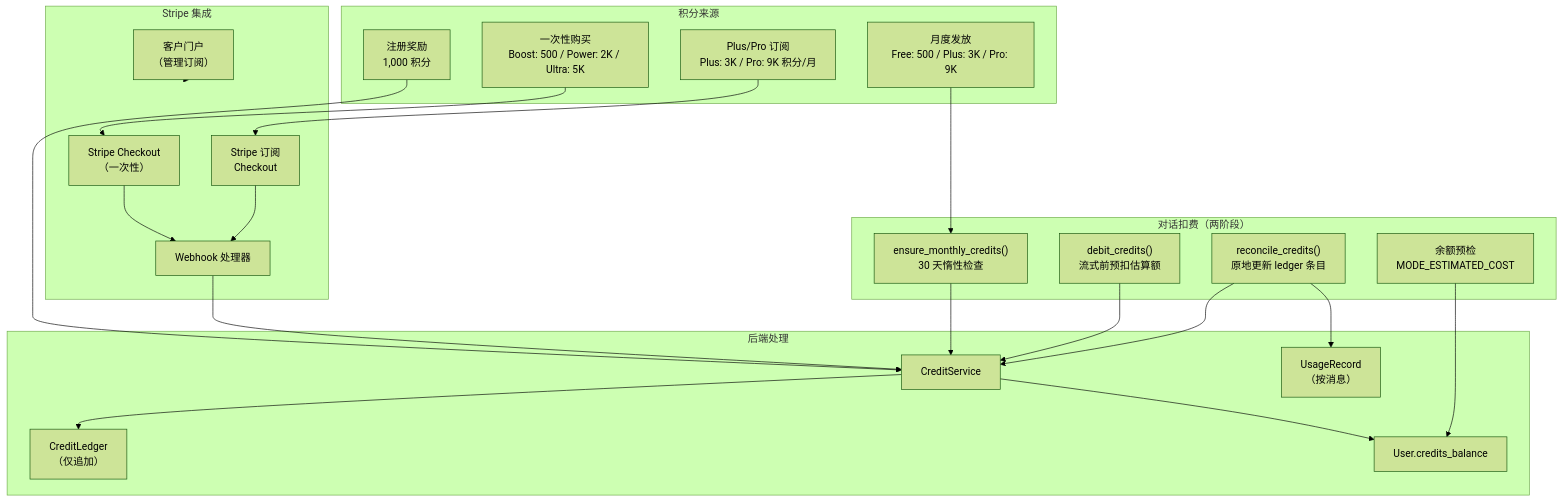
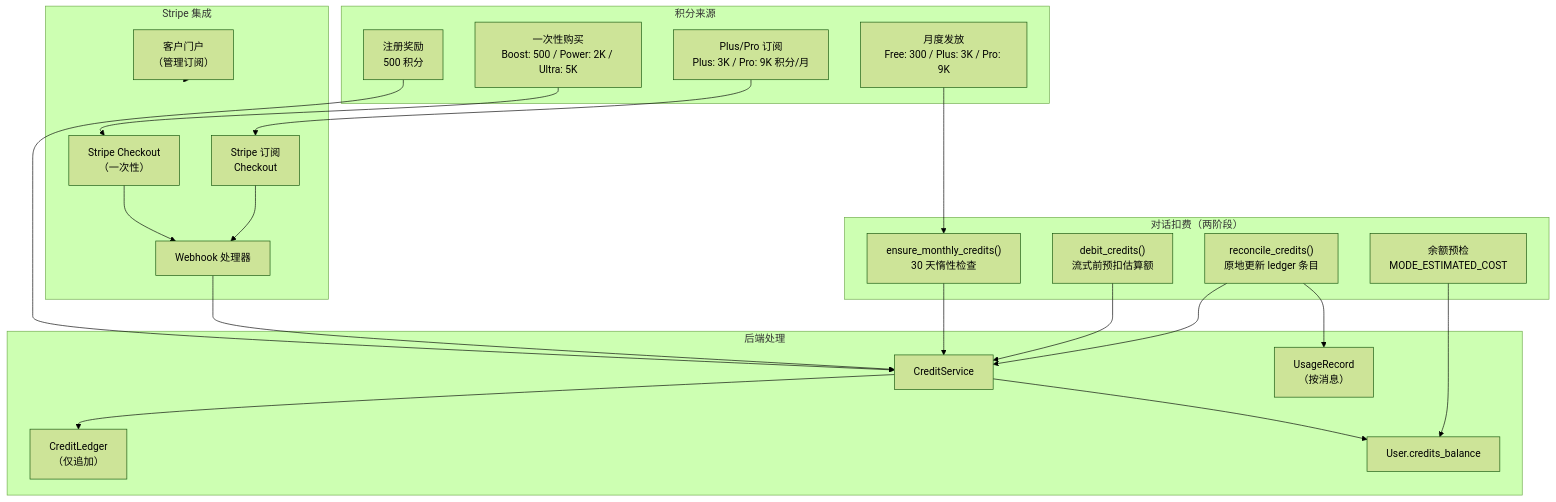
One commit to Rswcf/DocTalk changed the sixth of 9 diagrams in docs/ARCHITECTURE.zh.md. Above: the diagram before and after it, drawn with Mermaid (forest theme). The commit also changed other lines of this file and 66 other files, not shown here.

````diff
--- a/docs/ARCHITECTURE.zh.md
+++ b/docs/ARCHITECTURE.zh.md
@@ -319,45 +319,45 @@
 ```mermaid
 flowchart TB
     subgraph Sources["积分来源"]
-        Signup["注册奖励<br/>1,000 积分"]
-        Monthly["月度发放<br/>Free: 500 / Plus: 3K / Pro: 9K"]
+        Signup["注册奖励<br/>500 积分"]
+        Monthly["月度发放<br/>Free: 300 / Plus: 3K / Pro: 9K"]
         Purchase["一次性购买<br/>Boost: 500 / Power: 2K / Ultra: 5K"]
         Subscription["Plus/Pro 订阅<br/>Plus: 3K / Pro: 9K 积分/月"]
     end
 
     subgraph Stripe["Stripe 集成"]
         Checkout["Stripe Checkout<br/>（一次性）"]
         SubCheckout["Stripe 订阅<br/>Checkout"]
         Portal["客户门户<br/>（管理订阅）"]
         Webhook["Webhook 处理器"]
     end
 
     subgraph Backend["后端处理"]
         CreditService["CreditService"]
         Ledger["CreditLedger<br/>（仅追加）"]
         Balance["User.credits_balance"]
         UsageRecord["UsageRecord<br/>（按消息）"]
     end
 
     subgraph Chat["对话扣费（两阶段）"]
         EnsureMonthly["ensure_monthly_credits()<br/>30 天惰性检查"]
         PreCheck["余额预检<br/>MODE_ESTIMATED_COST"]
         PreDebit["debit_credits()<br/>流式前预扣估算额"]
         Reconcile["reconcile_credits()<br/>原地更新 ledger 条目"]
     end
 
     Signup --> CreditService
     Monthly --> EnsureMonthly
     Purchase --> Checkout --> Webhook --> CreditService
     Subscription --> SubCheckout --> Webhook
     Portal --> Stripe
 
     CreditService --> Ledger
     CreditService --> Balance
 
     EnsureMonthly --> CreditService
     PreCheck --> Balance
     PreDebit --> CreditService
     Reconcile --> CreditService
     Reconcile --> UsageRecord
 ```
````
